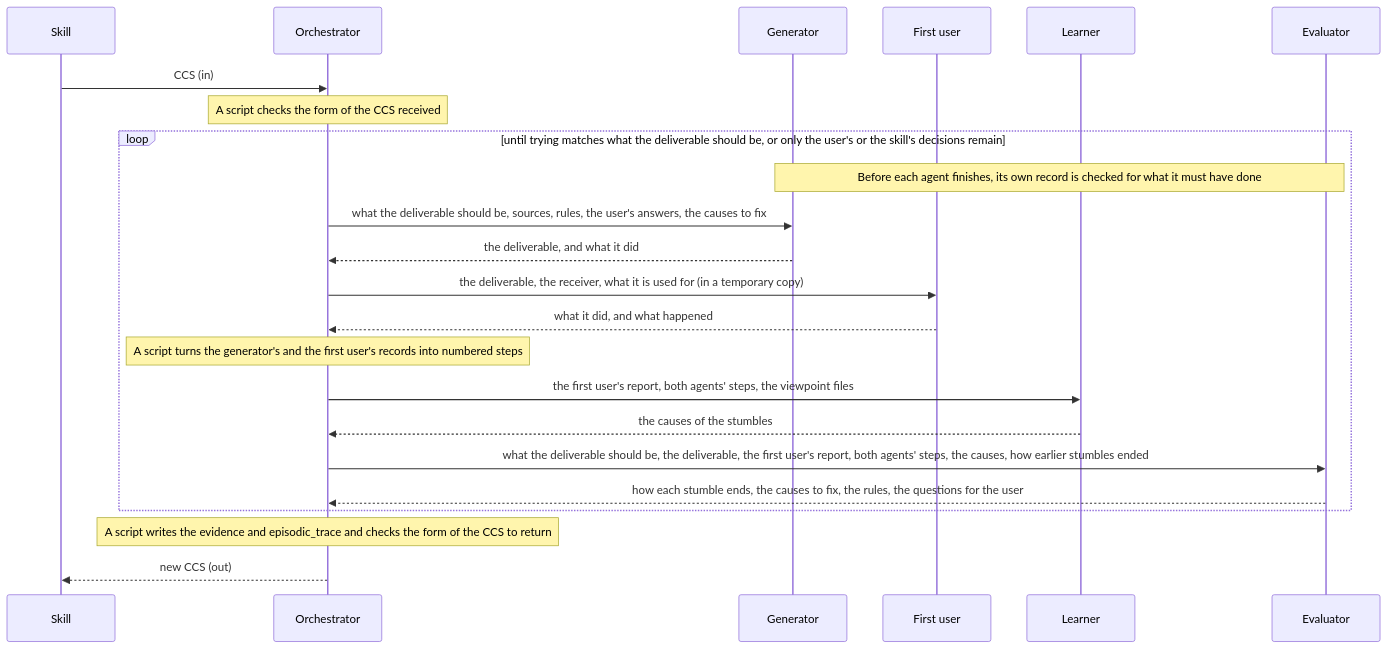
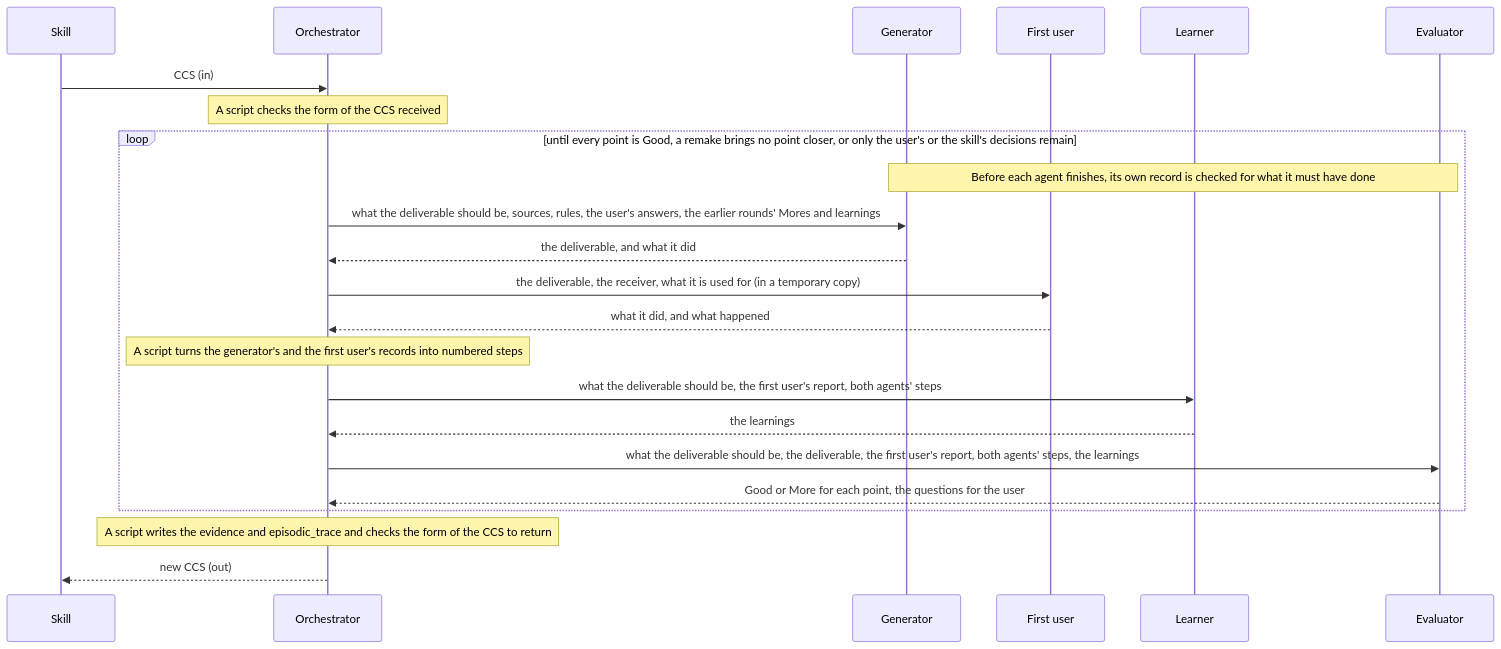
The diagram in dev/turn/design.md (lovaizu/ccpm), drawn with Mermaid before and after one commit. The commit also changed other lines of this file and 2 other files, not shown here.

First line of the commit message:
turn: each agent does one job; the evaluator gives each point Good or More

````diff
--- a/dev/turn/design.md
+++ b/dev/turn/design.md
@@ -39,25 +39,25 @@
 ```mermaid
 sequenceDiagram
   participant S as Skill
   participant O as Orchestrator
   participant G as Generator
   participant U as First user
   participant L as Learner
   participant E as Evaluator
   S->>O: CCS (in)
   Note over O: A script checks the form of the CCS received
-  loop until trying matches what the deliverable should be, or only the user's or the skill's decisions remain
+  loop until every point is Good, a remake brings no point closer, or only the user's or the skill's decisions remain
     Note over G,E: Before each agent finishes, its own record is checked for what it must have done
-    O->>G: what the deliverable should be, sources, rules, the user's answers, the causes to fix
+    O->>G: what the deliverable should be, sources, rules, the user's answers, the earlier rounds' Mores and learnings
     G-->>O: the deliverable, and what it did
     O->>U: the deliverable, the receiver, what it is used for (in a temporary copy)
     U-->>O: what it did, and what happened
     Note over O: A script turns the generator's and the first user's records into numbered steps
-    O->>L: the first user's report, both agents' steps, the viewpoint files
-    L-->>O: the causes of the stumbles
-    O->>E: what the deliverable should be, the deliverable, the first user's report, both agents' steps, the causes, how earlier stumbles ended
-    E-->>O: how each stumble ends, the causes to fix, the rules, the questions for the user
+    O->>L: what the deliverable should be, the first user's report, both agents' steps
+    L-->>O: the learnings
+    O->>E: what the deliverable should be, the deliverable, the first user's report, both agents' steps, the learnings
+    E-->>O: Good or More for each point, the questions for the user
   end
   Note over O: A script writes the evidence and episodic_trace and checks the form of the CCS to return
   O-->>S: new CCS (out)
 ```
````
